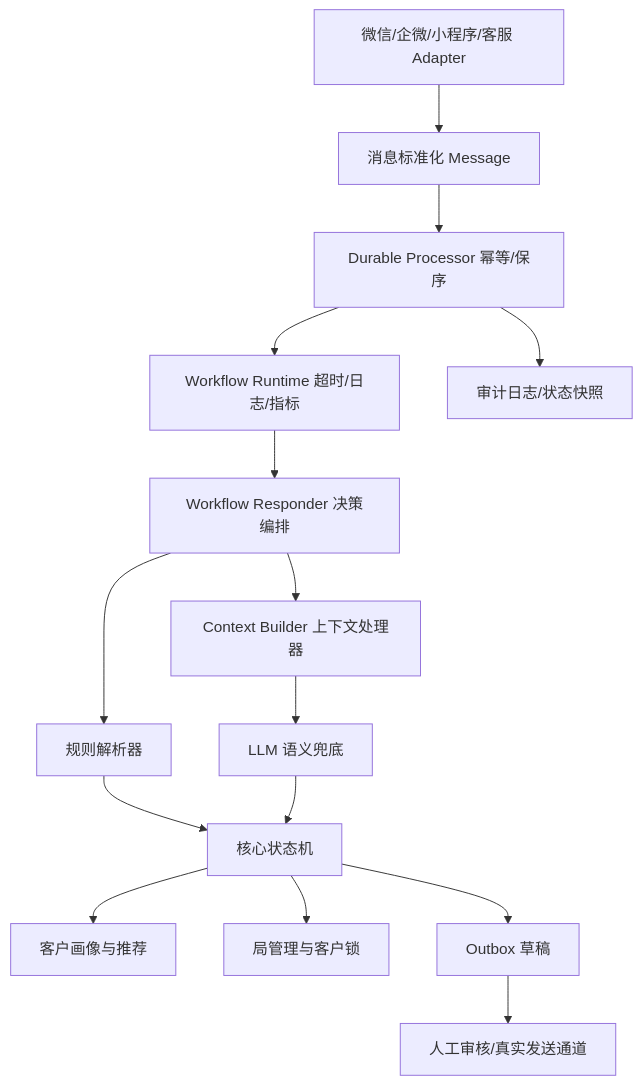
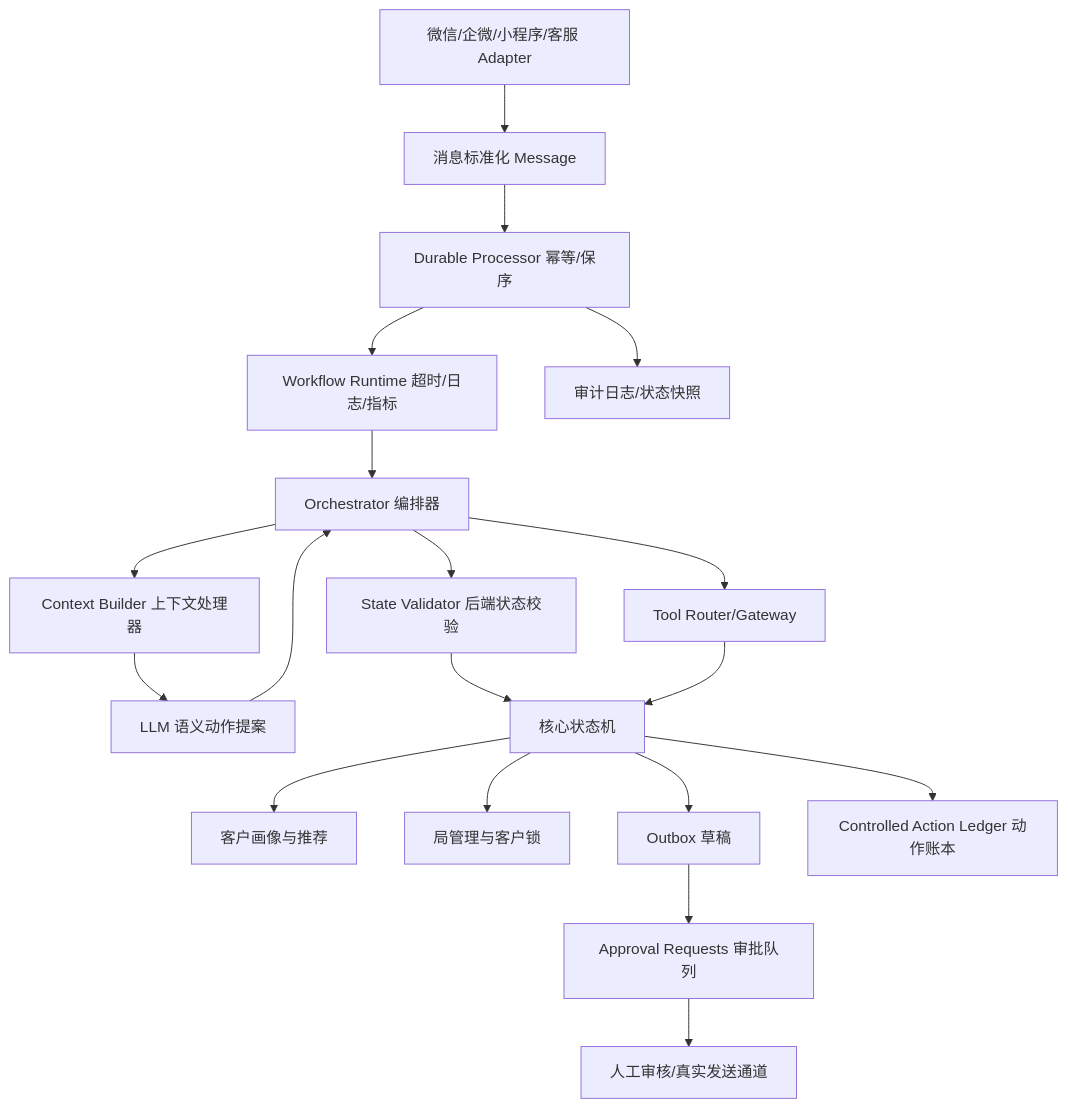
The diagram in README.md (Schatt3n/mahjong-ops-agent), drawn with Mermaid before and after one commit. The commit also changed other lines of this file and 37 other files, not shown here.

````diff
--- a/README.md
+++ b/README.md
@@ -51,17 +65,21 @@
 ```mermaid
 flowchart TD
     A["微信/企微/小程序/客服 Adapter"] --> B["消息标准化 Message"]
     B --> C["Durable Processor 幂等/保序"]
     C --> D["Workflow Runtime 超时/日志/指标"]
-    D --> E["Workflow Responder 决策编排"]
-    E --> F["规则解析器"]
+    D --> E["Orchestrator 编排器"]
     E --> X["Context Builder 上下文处理器"]
-    X --> G["LLM 语义兜底"]
-    F --> H["核心状态机"]
-    G --> H
+    X --> G["LLM 语义动作提案"]
+    G --> E
+    E --> V["State Validator 后端状态校验"]
+    V --> H["核心状态机"]
+    E --> T["Tool Router/Gateway"]
+    T --> H
     H --> I["客户画像与推荐"]
     H --> J["局管理与客户锁"]
     H --> K["Outbox 草稿"]
-    K --> L["人工审核/真实发送通道"]
+    H --> N["Controlled Action Ledger 动作账本"]
+    K --> O["Approval Requests 审批队列"]
+    O --> L["人工审核/真实发送通道"]
     C --> M["审计日志/状态快照"]
 ```
````
